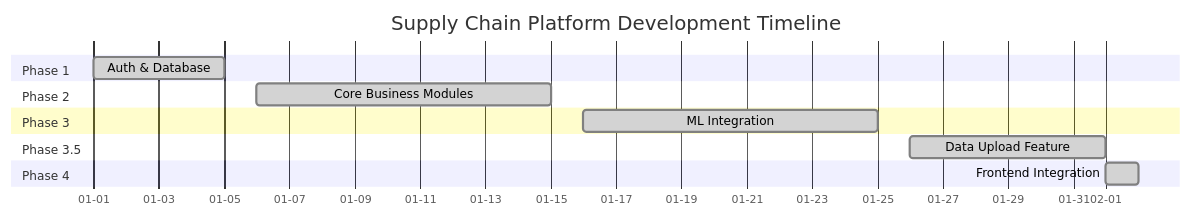
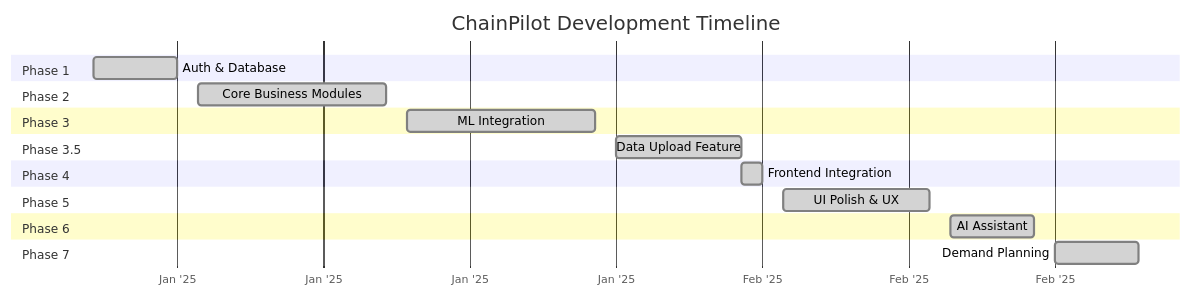
One commit to adityasync/ChainPilotAi changed the diagram in docs/roadmap.md. Above: the diagram before and after it, drawn with Mermaid. The commit also changed other lines of this file and 21 other files, not shown here.

````diff
--- a/docs/roadmap.md
+++ b/docs/roadmap.md
@@ -5,21 +15,30 @@
 ```mermaid
 gantt
-    title Supply Chain Platform Development Timeline
+    title ChainPilot Development Timeline
     dateFormat  YYYY-MM-DD
-    axisFormat  %m-%d
-    
+    axisFormat  %b '%y
+
     section Phase 1
-    Auth & Database          :done,    des1, 2025-01-01, 2025-01-05
-    
+    Auth & Database              :done,    p1, 2025-01-01, 2025-01-05
+
     section Phase 2
-    Core Business Modules    :done,    des2, 2025-01-06, 2025-01-15
-    
+    Core Business Modules        :done,    p2, 2025-01-06, 2025-01-15
+
     section Phase 3
-    ML Integration           :done,    des3, 2025-01-16, 2025-01-25
-    
+    ML Integration               :done,    p3, 2025-01-16, 2025-01-25
+
     section Phase 3.5
-    Data Upload Feature      :done,    des4, 2025-01-26, 2025-02-01
-    
+    Data Upload Feature          :done,    p35, 2025-01-26, 2025-02-01
+
     section Phase 4
-    Frontend Integration     :done,    des5, 2025-02-01, 2025-02-02
+    Frontend Integration         :done,    p4, 2025-02-01, 2025-02-02
+
+    section Phase 5
+    UI Polish & UX               :done,    p5, 2025-02-03, 2025-02-10
+
+    section Phase 6
+    AI Assistant                 :done,    p6, 2025-02-11, 2025-02-15
+
+    section Phase 7
+    Demand Planning              :done,    p7, 2025-02-16, 2025-02-20
 ```
````
